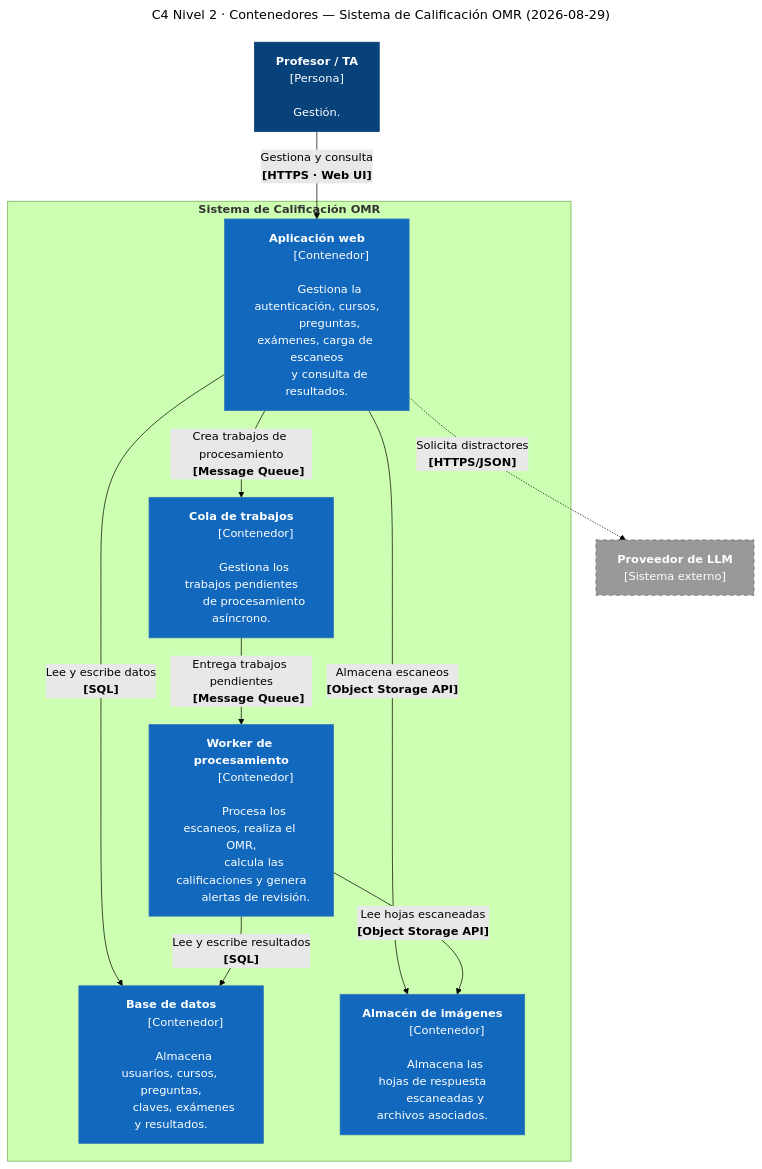
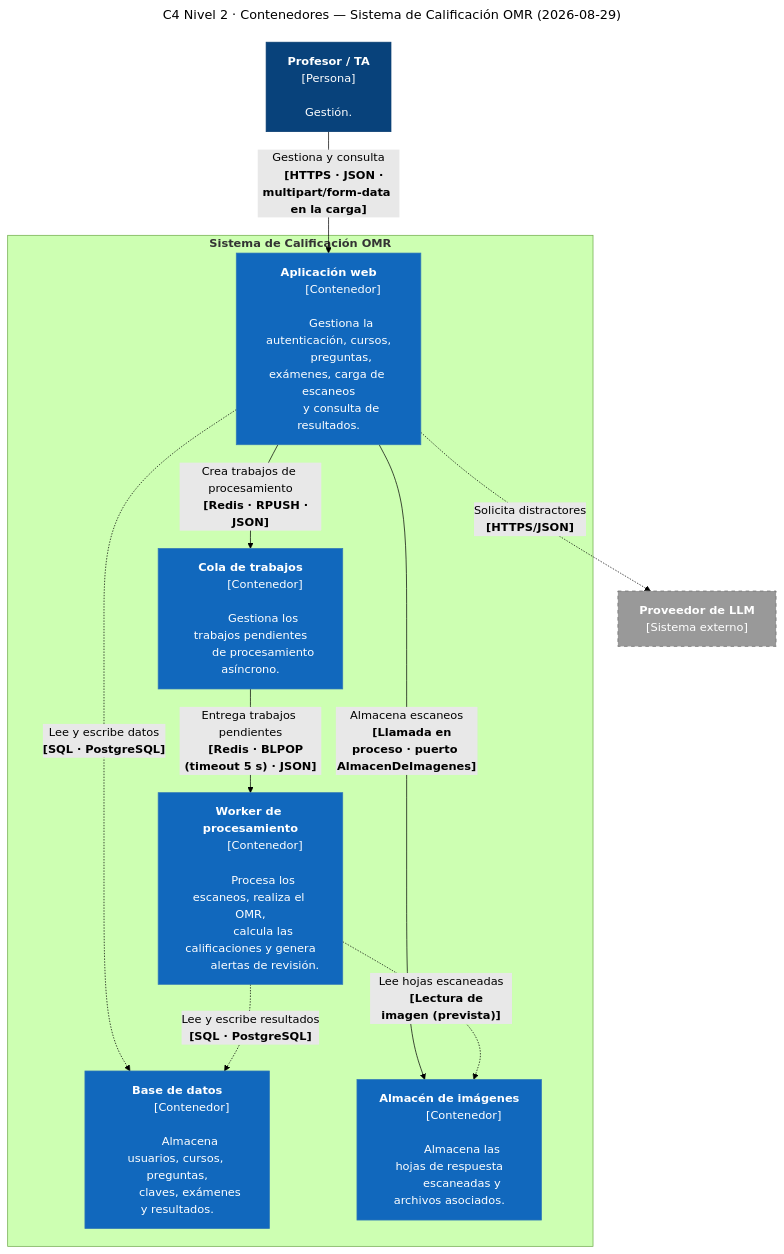
One commit to ISCOUTB/AS_202620_Sistema-de-calificacion-automatica changed the second of 4 diagrams in docs/c4/doc-c4.md. Above: the diagram before and after it, drawn with Mermaid (forest theme). The commit also changed other lines of this file, not shown here.

````diff
--- a/docs/c4/doc-c4.md
+++ b/docs/c4/doc-c4.md
@@ -166,80 +164,80 @@
 ```mermaid
 ---
 title: "C4 Nivel 2 · Contenedores — Sistema de Calificación OMR (2026-08-29)"
 ---
 flowchart TB
     profesor["<b>Profesor / TA</b>
     [Persona]
 
     Gestión."]
 
     subgraph sistema_omr["<b>Sistema de Calificación OMR</b>"]
 
         web["<b>Aplicación web</b>
         [Contenedor]
 
         Gestiona la autenticación, cursos,
         preguntas, exámenes, carga de escaneos
         y consulta de resultados."]
 
         cola["<b>Cola de trabajos</b>
         [Contenedor]
 
         Gestiona los trabajos pendientes
         de procesamiento asíncrono."]
 
         worker["<b>Worker de procesamiento</b>
         [Contenedor]
 
         Procesa los escaneos, realiza el OMR,
         calcula las calificaciones y genera
         alertas de revisión."]
 
         db["<b>Base de datos</b>
         [Contenedor]
 
         Almacena usuarios, cursos, preguntas,
         claves, exámenes y resultados."]
 
         imagenes["<b>Almacén de imágenes</b>
         [Contenedor]
 
         Almacena las hojas de respuesta
         escaneadas y archivos asociados."]
     end
 
     llm["<b>Proveedor de LLM</b>
     [Sistema externo]"]
 
     profesor -->|"Gestiona y consulta
-    <b>[HTTPS · Web UI]</b>"| web
+    <b>[HTTPS · JSON · multipart/form-data en la carga]</b>"| web
 
-    web -->|"Lee y escribe datos
-    <b>[SQL]</b>"| db
+    web -.->|"Lee y escribe datos
+    <b>[SQL · PostgreSQL]</b>"| db
 
     web -->|"Almacena escaneos
-    <b>[Object Storage API]</b>"| imagenes
+    <b>[Llamada en proceso · puerto AlmacenDeImagenes]</b>"| imagenes
 
     web -->|"Crea trabajos de procesamiento
-    <b>[Message Queue]</b>"| cola
+    <b>[Redis · RPUSH · JSON]</b>"| cola
 
     cola -->|"Entrega trabajos pendientes
-    <b>[Message Queue]</b>"| worker
+    <b>[Redis · BLPOP (timeout 5 s) · JSON]</b>"| worker
 
-    worker -->|"Lee y escribe resultados
-    <b>[SQL]</b>"| db
+    worker -.->|"Lee y escribe resultados
+    <b>[SQL · PostgreSQL]</b>"| db
 
-    worker -->|"Lee hojas escaneadas
-    <b>[Object Storage API]</b>"| imagenes
+    worker -.->|"Lee hojas escaneadas
+    <b>[Lectura de imagen (prevista)]</b>"| imagenes
 
     web -.->|"Solicita distractores
     <b>[HTTPS/JSON]</b>"| llm
 
     classDef person fill:#08427B,stroke:#073B6F,color:#ffffff
     classDef container fill:#1168BD,stroke:#3379B7,color:#ffffff
     classDef external fill:#999999,stroke:#6B6B6B,color:#ffffff,stroke-dasharray: 5 5
 
     class profesor person
     class web,cola,worker,db,imagenes container
     class llm external
 ```
````
